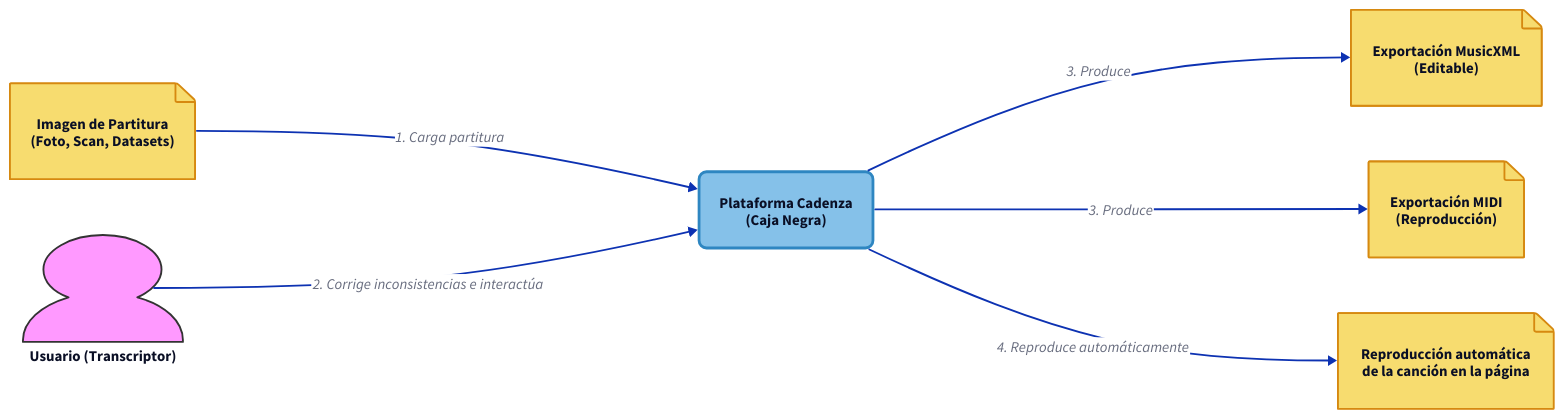
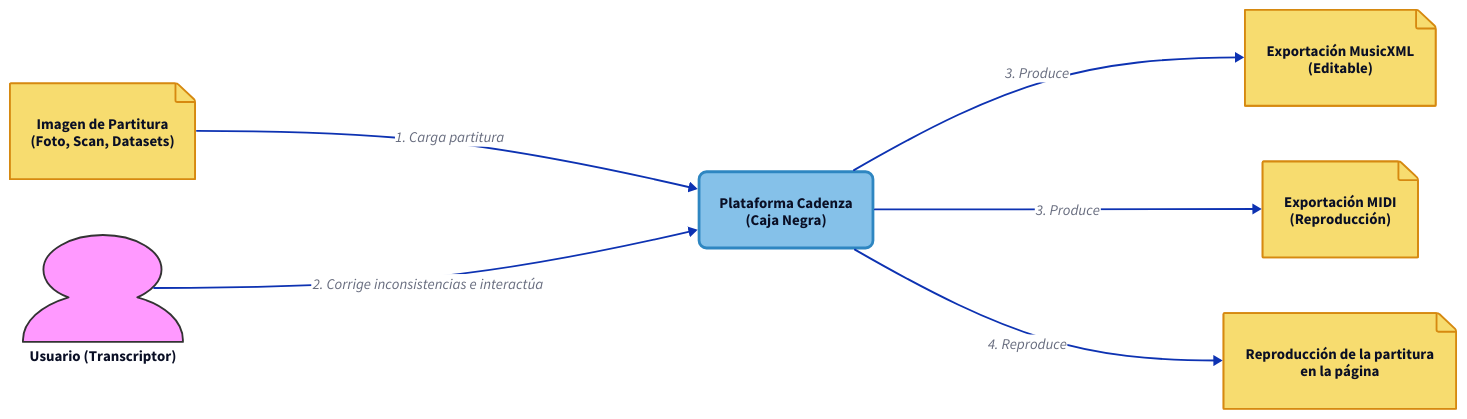
The first of 3 diagrams in docs/arquitectura-dbb.md (sebdavid3/Cadenza), drawn with D2 before and after one commit. The commit also changed other lines of this file and 4 other files, not shown here.

First line of the commit message:
docs(architecture): fijar la arquitectura objetivo v1.1 y alinear el DBB

````diff
--- a/docs/arquitectura-dbb.md
+++ b/docs/arquitectura-dbb.md
@@ -13,44 +15,44 @@
 ```d2
 direction: right
 
 classes: {
   actor: {
     shape: person
     style.fill: "#f9f"
     style.stroke: "#333"
     style.stroke-width: 2
   }
   system: {
     style.fill: "#85C1E9"
     style.stroke: "#2E86C1"
     style.stroke-width: 3
     style.border-radius: 8
   }
   format: {
     shape: page
     style.fill: "#F7DC6F"
     style.stroke: "#D68910"
     style.stroke-width: 2
   }
 }
 
 Usuario: "Usuario (Transcriptor)"
 Entrada: "Imagen de Partitura\n(Foto, Scan, Datasets)"
 Cadenza: "Plataforma Cadenza\n(Caja Negra)"
 MusicXML: "Exportación MusicXML\n(Editable)"
 MIDI: "Exportación MIDI\n(Reproducción)"
-Audio: "Reproducción automática\nde la canción en la página"
+Audio: "Reproducción de la partitura\nen la página"
 
 Usuario.class: actor
 Cadenza.class: system
 Entrada.class: format
 MusicXML.class: format
 MIDI.class: format
 Audio.class: format
 
 Entrada -> Cadenza: "1. Carga partitura"
 Usuario -> Cadenza: "2. Corrige inconsistencias e interactúa"
 Cadenza -> MusicXML: "3. Produce"
 Cadenza -> MIDI: "3. Produce"
-Cadenza -> Audio: "4. Reproduce automáticamente"
+Cadenza -> Audio: "4. Reproduce"
 ```
````
